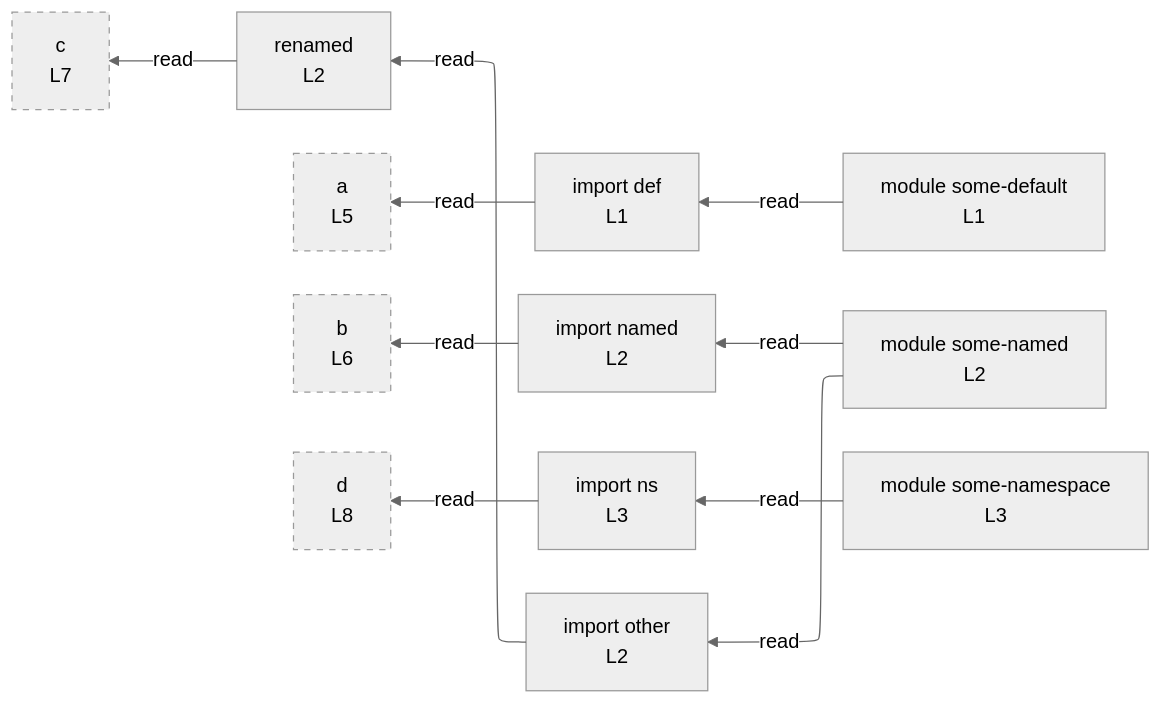
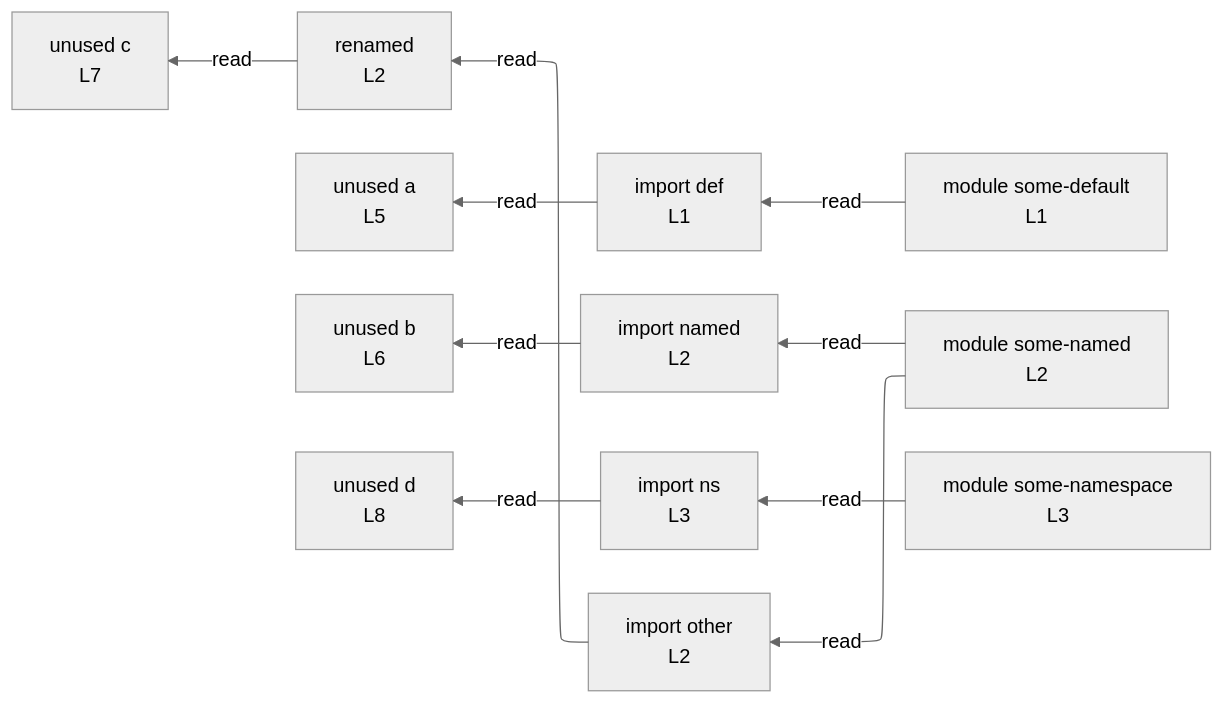
One commit to crescware/unsnarl changed the diagram in integration/fixtures/imports/preview.md. Above: the diagram before and after it, drawn with Mermaid (neutral theme). The commit also changed 75 other files, not shown here.

````diff
--- a/integration/fixtures/imports/preview.md
+++ b/integration/fixtures/imports/preview.md
@@ -18,30 +18,25 @@
 ```mermaid
 %%{init: {"flowchart": {"defaultRenderer": "elk"}}}%%
 flowchart RL
   n_scope_0_def_7["import def<br/>L1"]
   n_scope_0_named_41["import named<br/>L2"]
   n_scope_0_renamed_57["renamed<br/>L2"]
   n_scope_0_ns_98["import ns<br/>L3"]
-  n_scope_0_a_131["a<br/>L5"]
-  n_scope_0_b_146["b<br/>L6"]
-  n_scope_0_c_163["c<br/>L7"]
-  n_scope_0_d_182["d<br/>L8"]
+  n_scope_0_a_131["unused a<br/>L5"]
+  n_scope_0_b_146["unused b<br/>L6"]
+  n_scope_0_c_163["unused c<br/>L7"]
+  n_scope_0_d_182["unused d<br/>L8"]
   n_scope_0_def_7 -->|read| n_scope_0_a_131
   n_scope_0_named_41 -->|read| n_scope_0_b_146
   n_scope_0_renamed_57 -->|read| n_scope_0_c_163
   n_scope_0_ns_98 -->|read| n_scope_0_d_182
   mod_some_default["module some-default<br/>L1"]
   mod_some_named["module some-named<br/>L2"]
   mod_some_namespace["module some-namespace<br/>L3"]
   import_some_named__other["import other<br/>L2"]
   mod_some_default -->|read| n_scope_0_def_7
   mod_some_named -->|read| n_scope_0_named_41
   mod_some_named -->|read| import_some_named__other
   import_some_named__other -->|read| n_scope_0_renamed_57
   mod_some_namespace -->|read| n_scope_0_ns_98
-  classDef unused stroke-dasharray: 5 5;
-  class n_scope_0_a_131 unused;
-  class n_scope_0_b_146 unused;
-  class n_scope_0_c_163 unused;
-  class n_scope_0_d_182 unused;
 ```
````
